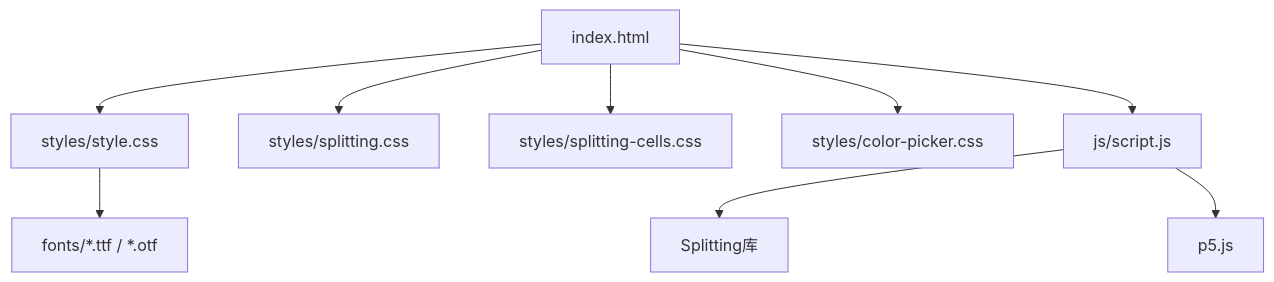
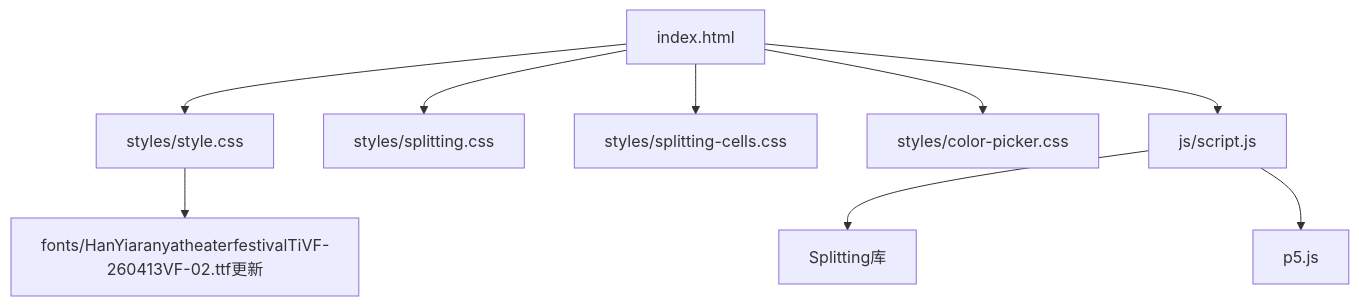
One commit to db300/MySymphosizer changed the fifth of 5 diagrams in .qoder/repowiki/zh/content/样式系统设计/字体加载机制.md. Above: the diagram before and after it, drawn with Mermaid. The commit also changed other lines of this file and 5 other files, not shown here.

````diff
--- a/.qoder/repowiki/zh/content/样式系统设计/字体加载机制.md
+++ b/.qoder/repowiki/zh/content/样式系统设计/字体加载机制.md
@@ -190,11 +196,11 @@
 ```mermaid
 graph TB
 HTML["index.html"] --> Style["styles/style.css"]
 HTML --> SplitCSS["styles/splitting.css"]
 HTML --> CellsCSS["styles/splitting-cells.css"]
 HTML --> ColorCSS["styles/color-picker.css"]
 HTML --> Script["js/script.js"]
-Style --> Fonts["fonts/*.ttf / *.otf"]
+Style --> Fonts["fonts/HanYiaranyatheaterfestivalTiVF-260413VF-02.ttf更新"]
 Script --> Splitting["Splitting库"]
 Script --> P5["p5.js"]
 ```
````
